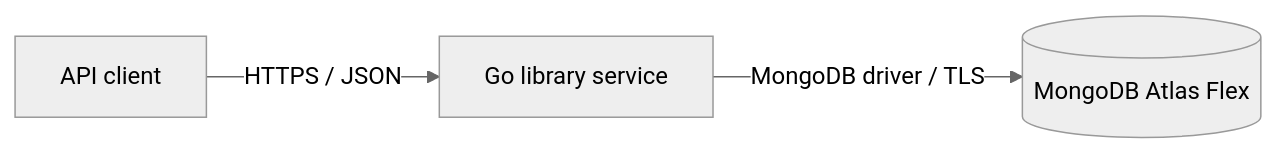
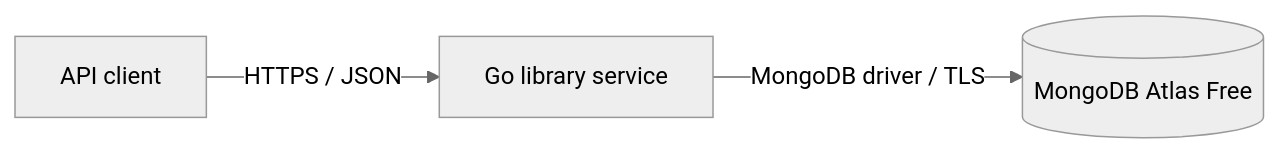
Before and after one commit to dfcut8/mongo-bench: the diagram in docs/architecture.md, drawn with Mermaid (neutral theme). The commit also changed other lines of this file and 11 other files, not shown here.

````diff
--- a/docs/architecture.md
+++ b/docs/architecture.md
@@ -11,5 +11,5 @@
 ```mermaid
 flowchart LR
     Client[API client] -->|HTTPS / JSON| API[Go library service]
-    API -->|MongoDB driver / TLS| DB[(MongoDB Atlas Flex)]
+    API -->|MongoDB driver / TLS| DB[(MongoDB Atlas Free)]
 ```
````
